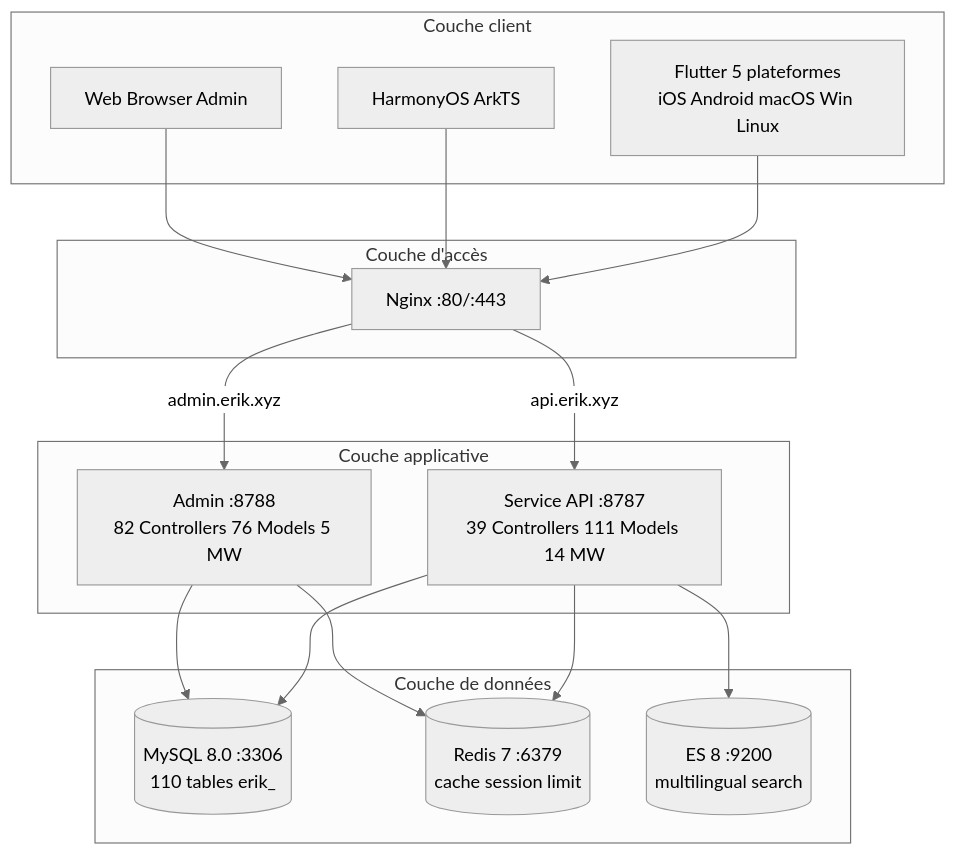
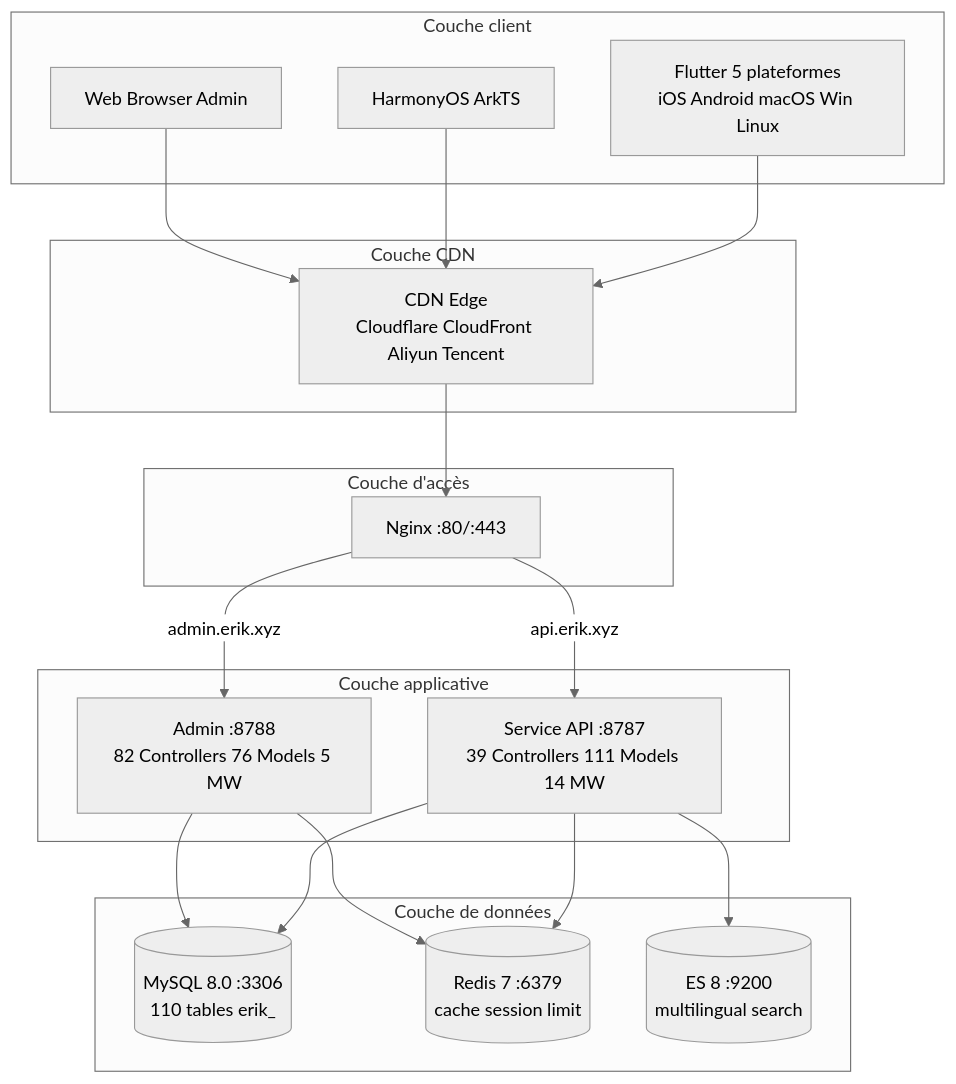
The first of 6 diagrams in docs/i18n/fr/architecture-full.md (erikwang2013/erik-shop), drawn with Mermaid (neutral theme) before and after one commit. The commit also changed other lines of this file and 191 other files, not shown here.

First line of the commit message:
v1.2.0：CDN 内容分发接入（Origin-Pull 回源 + 四大云厂商适配 + 管理端配置/刷新/日志 + 上传持久化 + 全文档与12语言i18n同步 + Crypto 捐赠图文入库）

````diff
--- a/docs/i18n/fr/architecture-full.md
+++ b/docs/i18n/fr/architecture-full.md
@@ -38,30 +38,34 @@
 ```mermaid
 graph TD
     subgraph Clients[Couche client]
         F[Flutter 5 plateformes<br/>iOS Android macOS Win Linux]
         H[HarmonyOS ArkTS]
         W[Web Browser Admin]
+    end
+    subgraph Cdn[Couche CDN]
+        C[CDN Edge<br/>Cloudflare CloudFront Aliyun Tencent]
     end
     subgraph Gateway[Couche d'accès]
         N[Nginx :80/:443]
     end
     subgraph Apps[Couche applicative]
         S[Service API :8787<br/>39 Controllers 111 Models 14 MW]
         A[Admin :8788<br/>82 Controllers 76 Models 5 MW]
     end
     subgraph Data[Couche de données]
         M[(MySQL 8.0 :3306<br/>110 tables erik_)]
         R[(Redis 7 :6379<br/>cache session limit)]
         E[(ES 8 :9200<br/>multilingual search)]
     end
-    F --> N
-    H --> N
-    W --> N
+    F --> C
+    H --> C
+    W --> C
+    C --> N
     N -->|api.erik.xyz| S
     N -->|admin.erik.xyz| A
     S --> M
     S --> R
     S --> E
     A --> M
     A --> R
 ```
````
